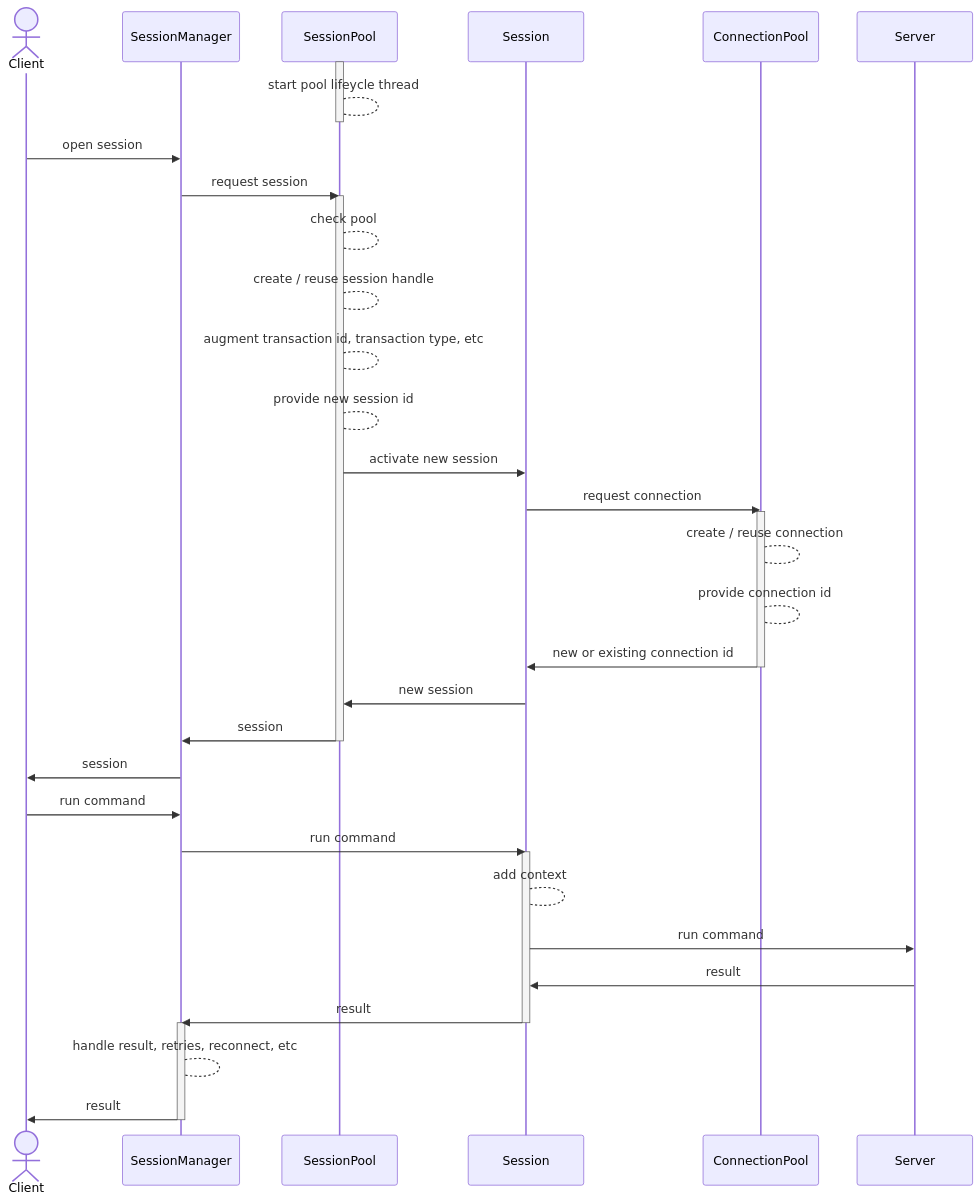
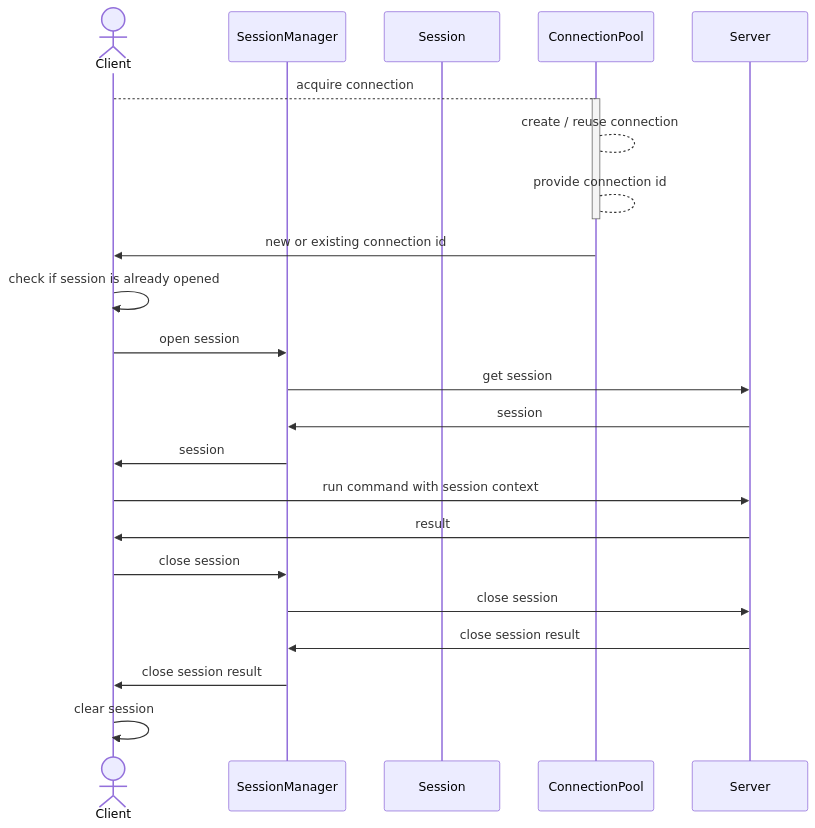
Before and after one commit to codenotary/immudb4net: the diagram in Sessions.md, drawn with Mermaid.

Commit message:
fix: session markdown document
fix mermaid diagram

````diff
--- a/Sessions.md
+++ b/Sessions.md
@@ -5,44 +5,29 @@
 ``` mermaid
 sequenceDiagram
     actor C as Client
-    participant SM as SessionManager
-    participant SP as SessionPool
+    participant SM as SessionManager    
     participant S as Session
     participant CP as ConnectionPool
     participant SRV as Server
-
-    activate SP
-    SP-->SP: start pool lifeycle thread
-    deactivate SP
-    C->>SM: open session
-    SM->>SP: request session
-    activate SP
-    SP-->SP: check pool
-    SP-->SP: create / reuse session handle
-    SP-->SP: augment transaction id, transaction type, etc
-    SP-->SP: provide new session id
-    SP->>S: activate new session
-    S->>CP: request connection
+    
+    C-->CP: acquire connection
     activate CP
     CP-->CP: create / reuse connection
     CP-->CP: provide connection id
-    CP->>S: new or existing connection id
     deactivate CP
-    S->>SP: new session
-    SP->>SM: session
-    deactivate SP
+    CP->>C: new or existing connection id    
+    C->>C: check if session is already opened
+    C->>SM: open session
+    SM->>SRV: get session
+    SRV->>SM: session
     SM->>C: session
-
-    C->>SM: run command
-    SM->>S: run command
-    activate S
-    S-->S: add context
-    S->>SRV: run command
-    SRV->>S: result
-    S->>SM: result
-    deactivate S
-    activate SM
-    SM-->SM: handle result, retries, reconnect, etc
-    SM->>C: result
-    deactivate SM
+        
+    C->>SRV: run command with session context
+    SRV->>C: result
+    
+    C->>SM: close session
+    SM->>SRV:close session
+    SRV->>SM: close session result
+    SM->>C: close session result
+    C->>C: clear session
 ```
````
